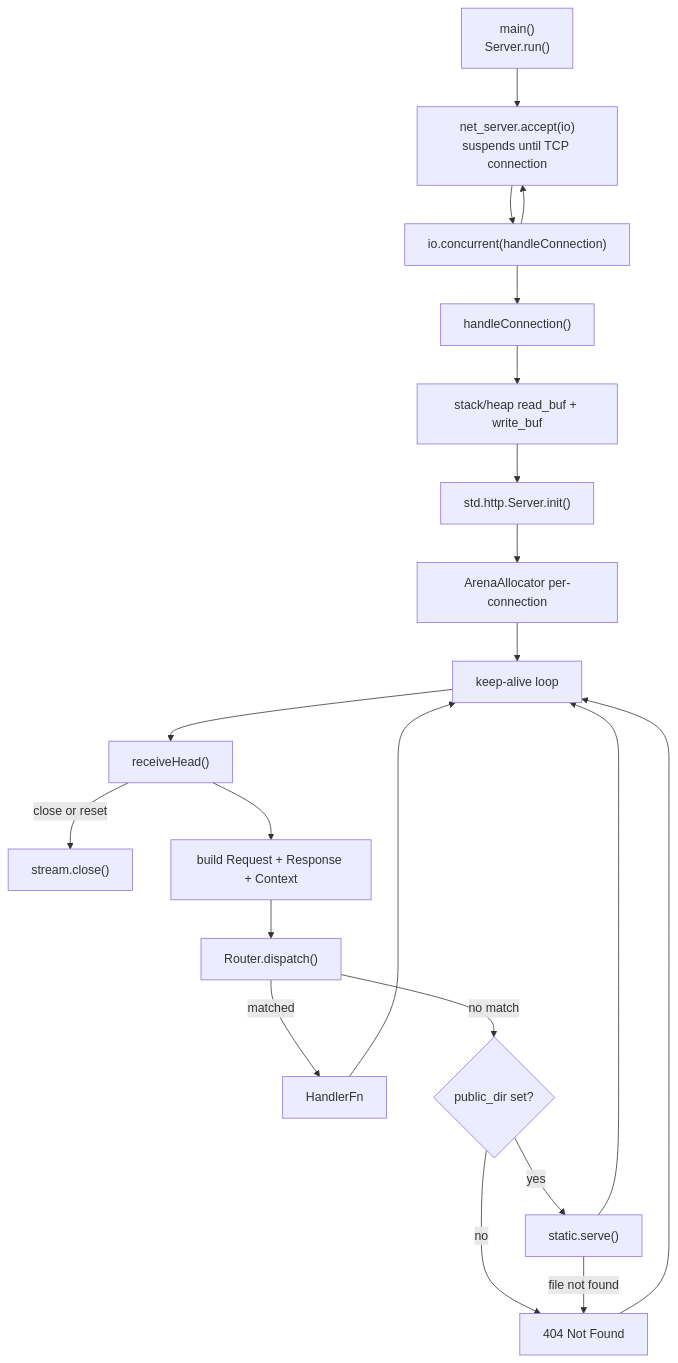
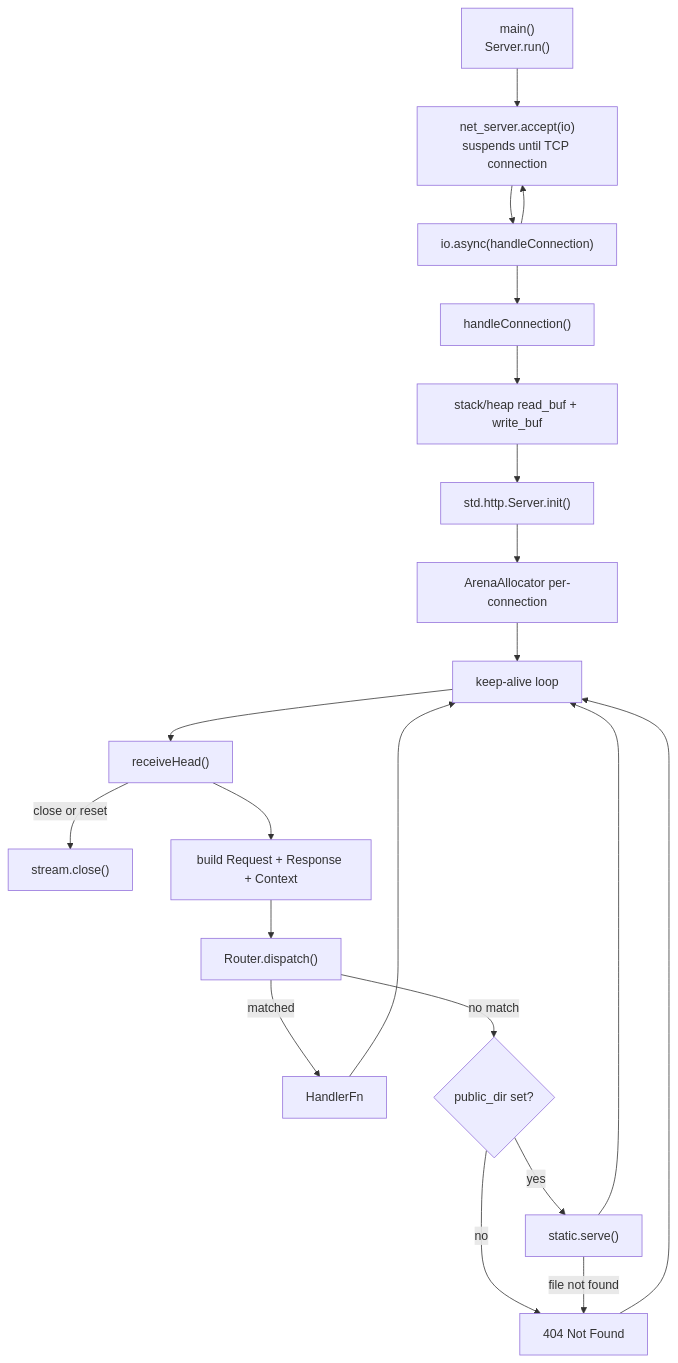
One commit to prothegee/zix changed the second of 12 diagrams in docs/hld-http.md. Above: the diagram before and after it, drawn with Mermaid. The commit also changed other lines of this file, not shown here.

````diff
--- a/docs/hld-http.md
+++ b/docs/hld-http.md
@@ -61,23 +62,23 @@
 ```mermaid
 flowchart TD
     MAIN["main()\nServer.run()"] --> D["net_server.accept(io)\nsuspends until TCP connection"]
-    D --> E["io.concurrent(handleConnection)"]
+    D --> E["io.async(handleConnection)"]
     E --> D
     E --> F["handleConnection()"]
     F --> G["stack/heap read_buf + write_buf"]
     G --> H["std.http.Server.init()"]
     H --> I["ArenaAllocator per-connection"]
     I --> J["keep-alive loop"]
     J --> K["receiveHead()"]
     K -->|close or reset| Z["stream.close()"]
     K --> L["build Request + Response + Context"]
     L --> M["Router.dispatch()"]
     M -->|matched| N["HandlerFn"]
     M -->|no match| O{"public_dir set?"}
     O -->|yes| P["static.serve()"]
     O -->|no| Q["404 Not Found"]
     P -->|file not found| Q
     N --> J
     P --> J
     Q --> J
 ```
````
